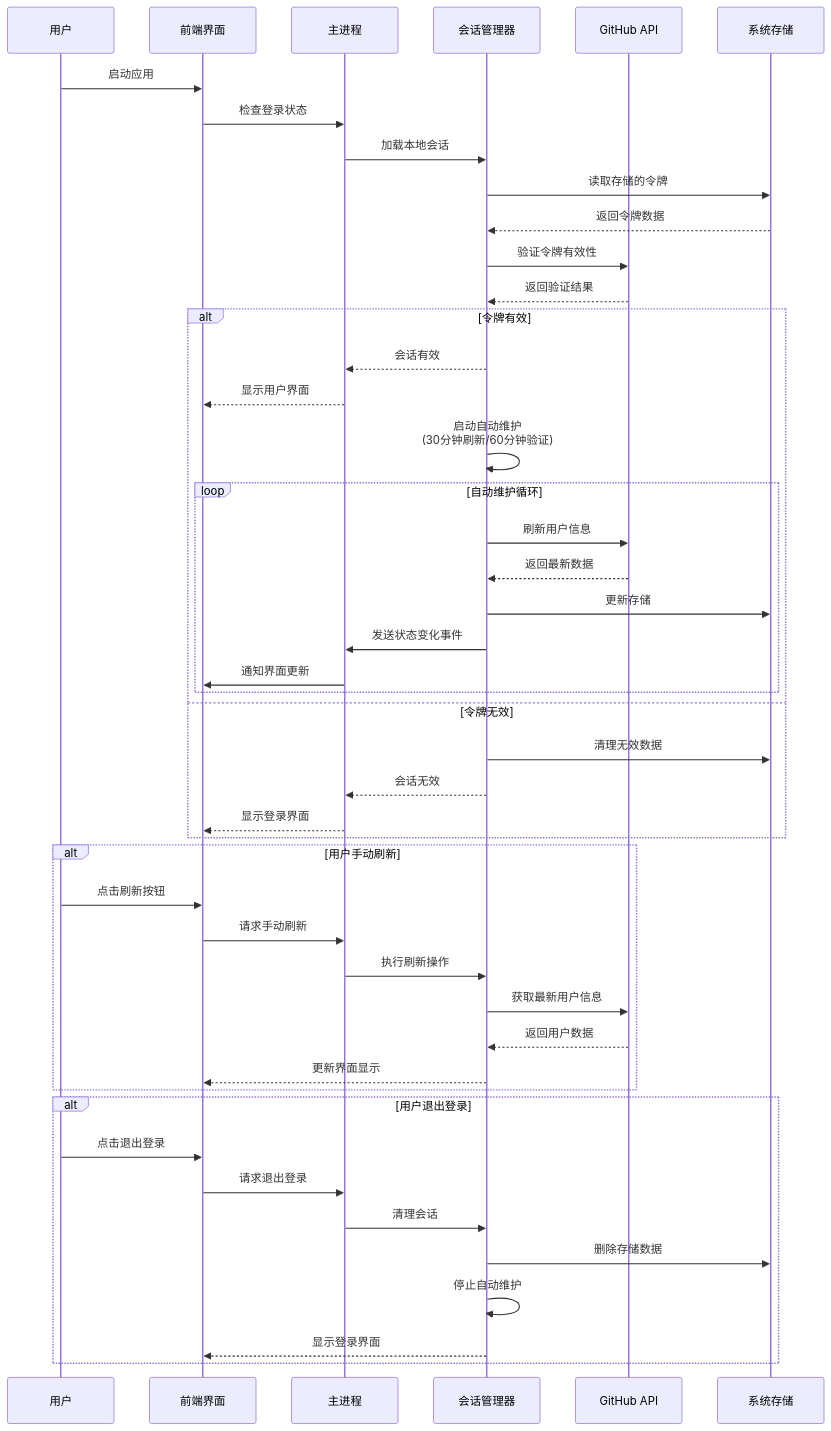
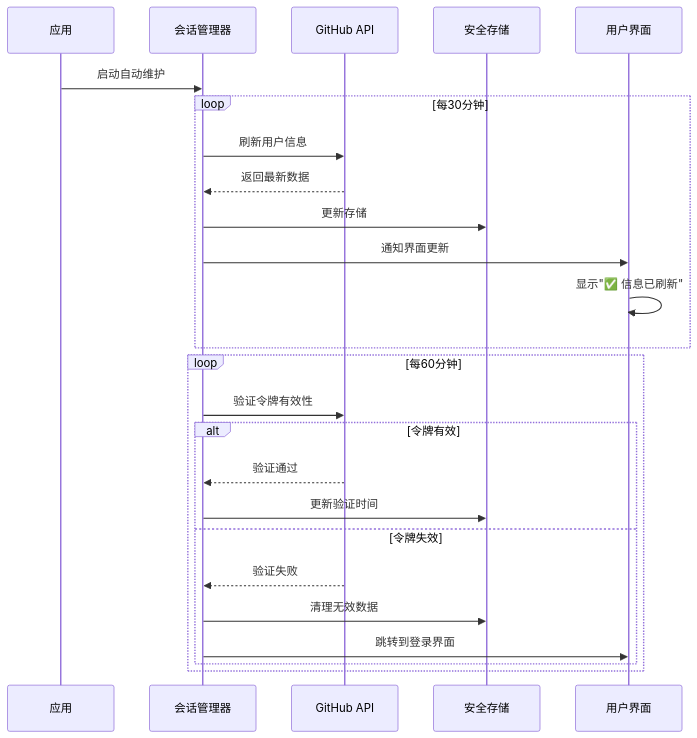
Before and after one commit to tianyicaii/craw: the second of 2 diagrams in README.md, drawn with Mermaid. The commit also changed other lines of this file and 9 other files, not shown here.

````diff
--- a/README.md
+++ b/README.md
@@ -97,54 +97,30 @@
 ```mermaid
 sequenceDiagram
-    participant U as 用户
-    participant F as 前端界面
-    participant M as 主进程
-    participant S as 会话管理器
-    participant G as GitHub API
-    participant K as 系统存储
+    participant App as 应用
+    participant SM as 会话管理器
+    participant GitHub as GitHub API
+    participant Storage as 安全存储
+    participant UI as 用户界面
 
-    U->>F: 启动应用
-    F->>M: 检查登录状态
-    M->>S: 加载本地会话
-    S->>K: 读取存储的令牌
-    K-->>S: 返回令牌数据
-    S->>G: 验证令牌有效性
-    G-->>S: 返回验证结果
+    App->>SM: 启动自动维护
     
-    alt 令牌有效
-        S-->>M: 会话有效
-        M-->>F: 显示用户界面
-        S->>S: 启动自动维护<br/>(30分钟刷新/60分钟验证)
-        
-        loop 自动维护循环
-            S->>G: 刷新用户信息
-            G-->>S: 返回最新数据
-            S->>K: 更新存储
-            S->>M: 发送状态变化事件
-            M->>F: 通知界面更新
-        end
-        
-    else 令牌无效
-        S->>K: 清理无效数据
-        S-->>M: 会话无效
-        M-->>F: 显示登录界面
+    loop 每30分钟
+        SM->>GitHub: 刷新用户信息
+        GitHub-->>SM: 返回最新数据
+        SM->>Storage: 更新存储
+        SM->>UI: 通知界面更新
+        UI->>UI: 显示"✅ 信息已刷新"
     end
     
-    alt 用户手动刷新
-        U->>F: 点击刷新按钮
-        F->>M: 请求手动刷新
-        M->>S: 执行刷新操作
-        S->>G: 获取最新用户信息
-        G-->>S: 返回用户数据
-        S-->>F: 更新界面显示
-    end
-    
-    alt 用户退出登录
-        U->>F: 点击退出登录
-        F->>M: 请求退出登录
-        M->>S: 清理会话
-        S->>K: 删除存储数据
-        S->>S: 停止自动维护
-        S-->>F: 显示登录界面
+    loop 每60分钟
+        SM->>GitHub: 验证令牌有效性
+        alt 令牌有效
+            GitHub-->>SM: 验证通过
+            SM->>Storage: 更新验证时间
+        else 令牌失效
+            GitHub-->>SM: 验证失败
+            SM->>Storage: 清理无效数据
+            SM->>UI: 跳转到登录界面
+        end
     end
 ```
````
